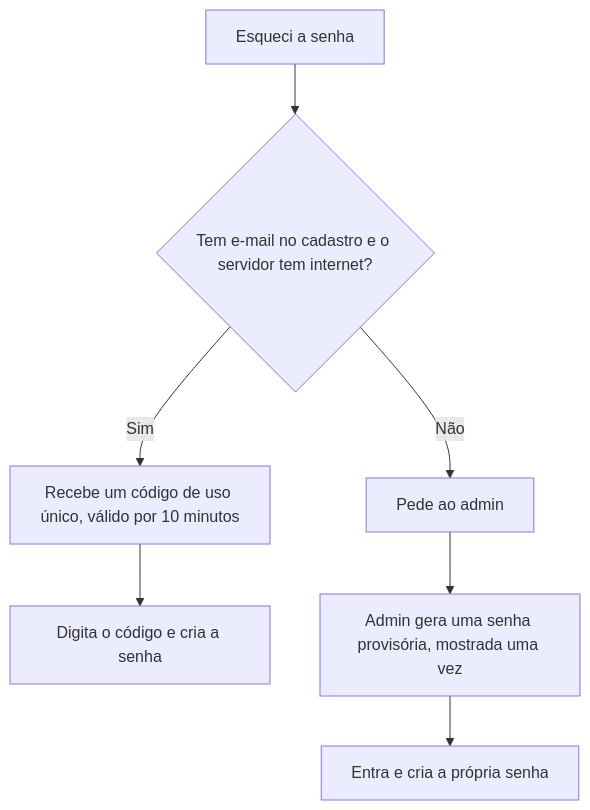
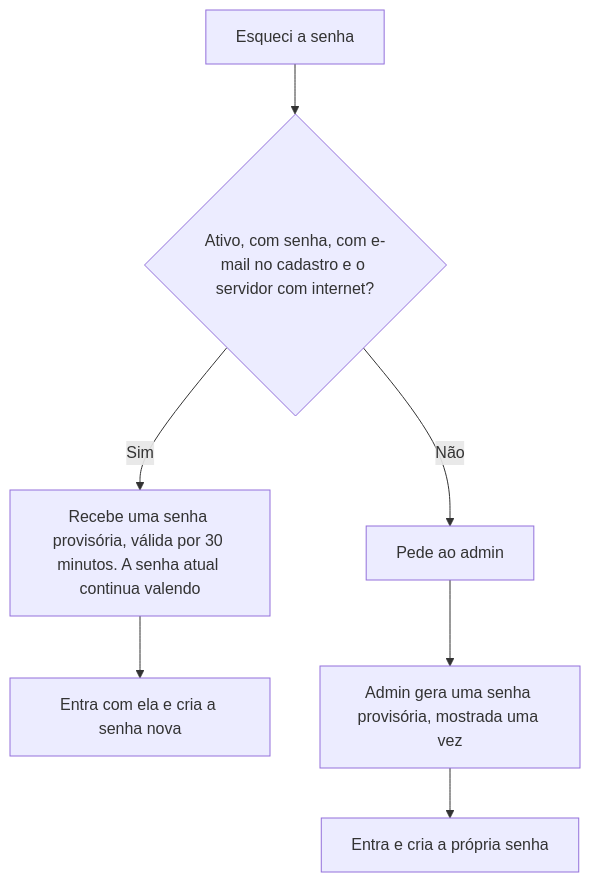
The second of 2 diagrams in docs/planos/2026-11-04-login-real-e-dominio.md (dudurezende10/eterna), drawn with Mermaid before and after one commit. The commit also changed other lines of this file and 6 other files, not shown here.

First line of the commit message:
Login: esqueci a senha, com senha provisória por e-mail

````diff
--- a/docs/planos/2026-11-04-login-real-e-dominio.md
+++ b/docs/planos/2026-11-04-login-real-e-dominio.md
@@ -78,9 +78,9 @@
 ```mermaid
 flowchart TD
-    A["Esqueci a senha"] --> B{"Tem e-mail no cadastro e o servidor tem internet?"}
-    B -->|"Sim"| C["Recebe um código de uso único, válido por 10 minutos"]
-    C --> D["Digita o código e cria a senha"]
+    A["Esqueci a senha"] --> B{"Ativo, com senha, com e-mail no cadastro e o servidor com internet?"}
+    B -->|"Sim"| C["Recebe uma senha provisória, válida por 30 minutos. A senha atual continua valendo"]
+    C --> D["Entra com ela e cria a senha nova"]
     B -->|"Não"| E["Pede ao admin"]
     E --> F["Admin gera uma senha provisória, mostrada uma vez"]
     F --> G["Entra e cria a própria senha"]
 ```
````
